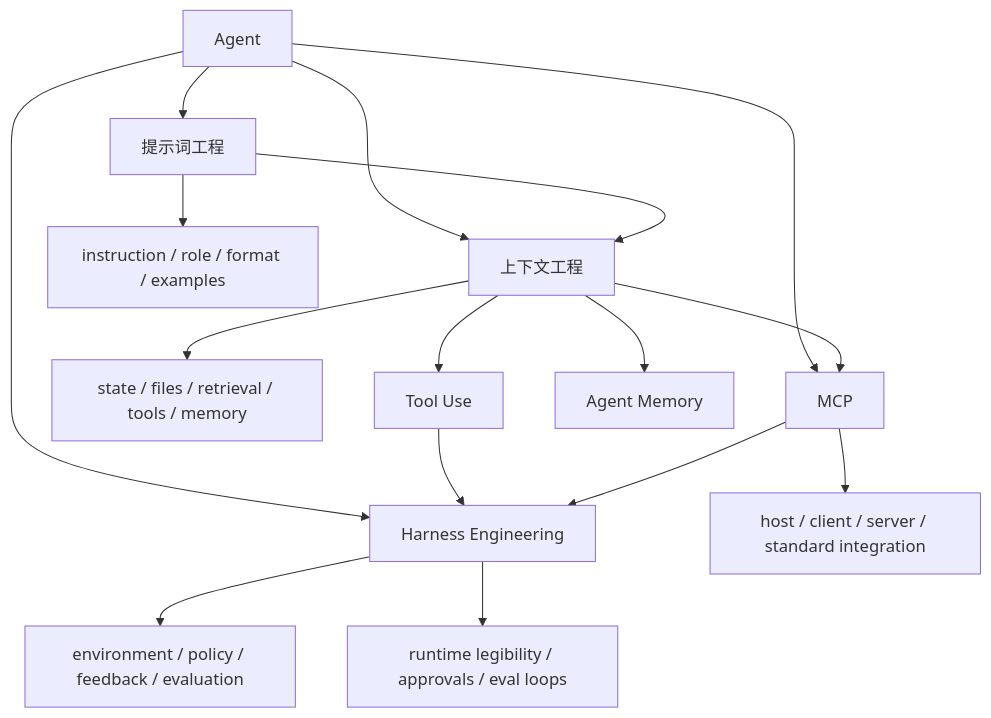
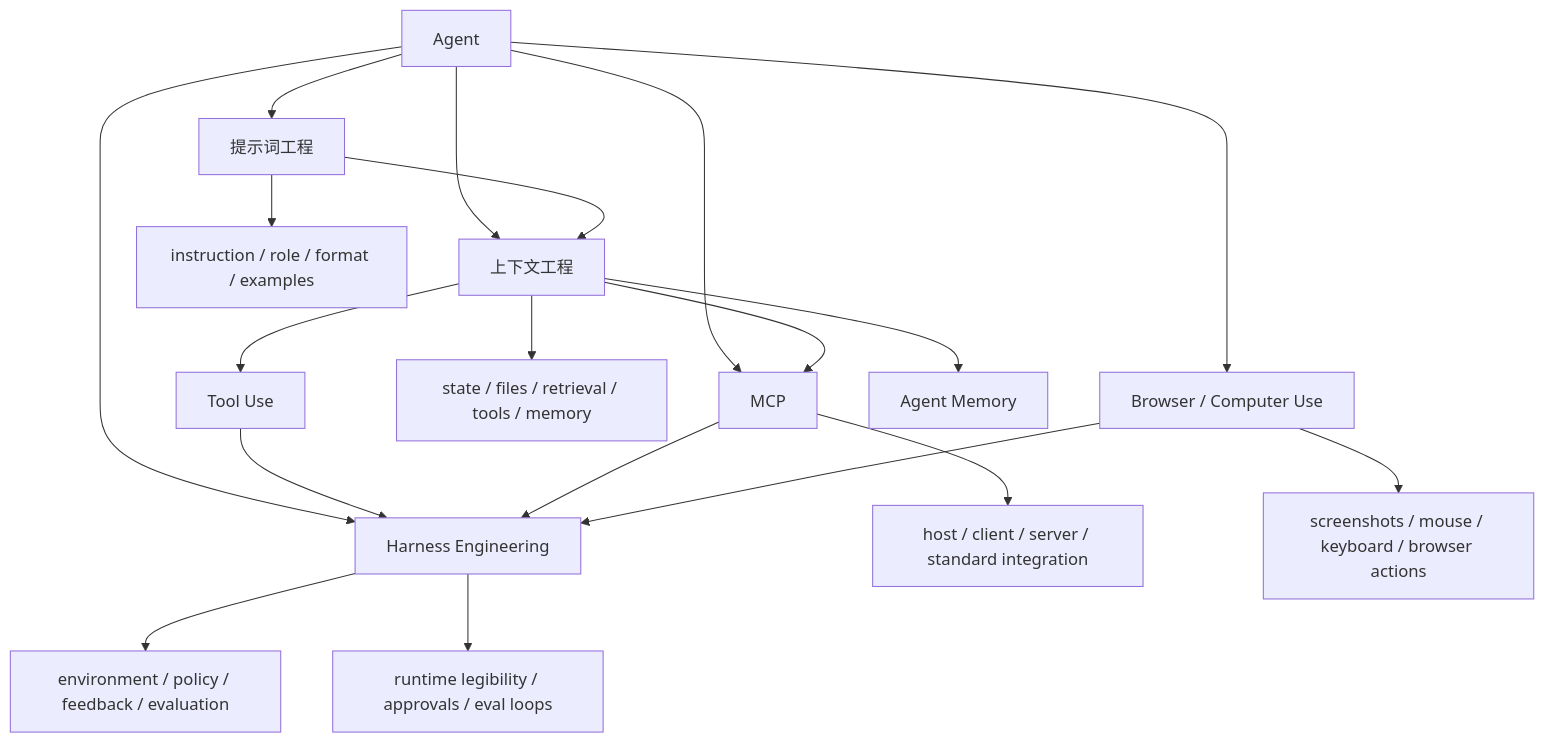
Before and after one commit to superliyang/tony-2026: the diagram in 01-Areas/AI-Learning/07-Maps/Agent Prompt-Context-Harness Map.md, drawn with Mermaid. The commit also changed other lines of this file and 27 other files, not shown here.

````diff
--- a/01-Areas/AI-Learning/07-Maps/Agent Prompt-Context-Harness Map.md
+++ b/01-Areas/AI-Learning/07-Maps/Agent Prompt-Context-Harness Map.md
@@ -15,20 +15,23 @@
 ```mermaid
 flowchart TD
   A["Agent"] --> P["提示词工程"]
   A --> C["上下文工程"]
   A --> M["MCP"]
+  A --> B["Browser / Computer Use"]
   A --> H["Harness Engineering"]
 
   P --> P1["instruction / role / format / examples"]
   C --> C1["state / files / retrieval / tools / memory"]
   M --> M1["host / client / server / standard integration"]
+  B --> B1["screenshots / mouse / keyboard / browser actions"]
   H --> H1["environment / policy / feedback / evaluation"]
 
   P --> C
   C --> M
   C --> T["Tool Use"]
   C --> AM["Agent Memory"]
   T --> H
   M --> H
+  B --> H
   H --> E["runtime legibility / approvals / eval loops"]
 ```
````
